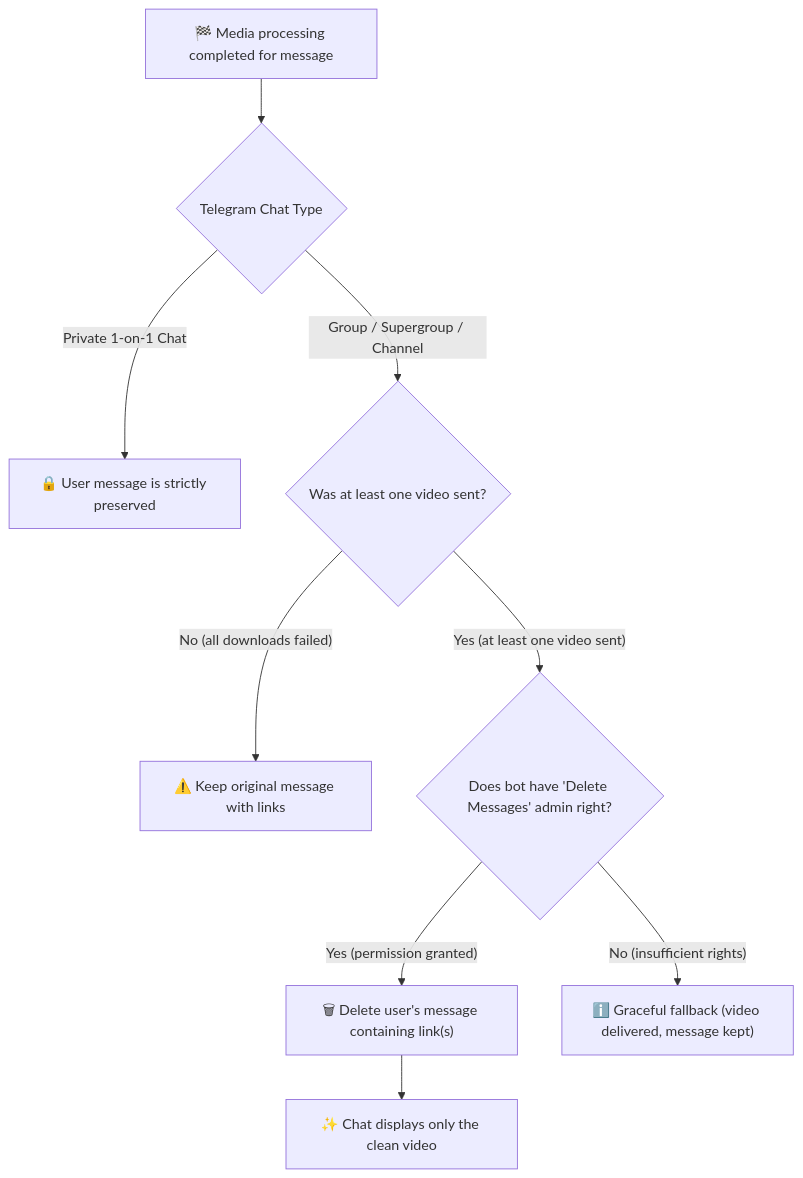
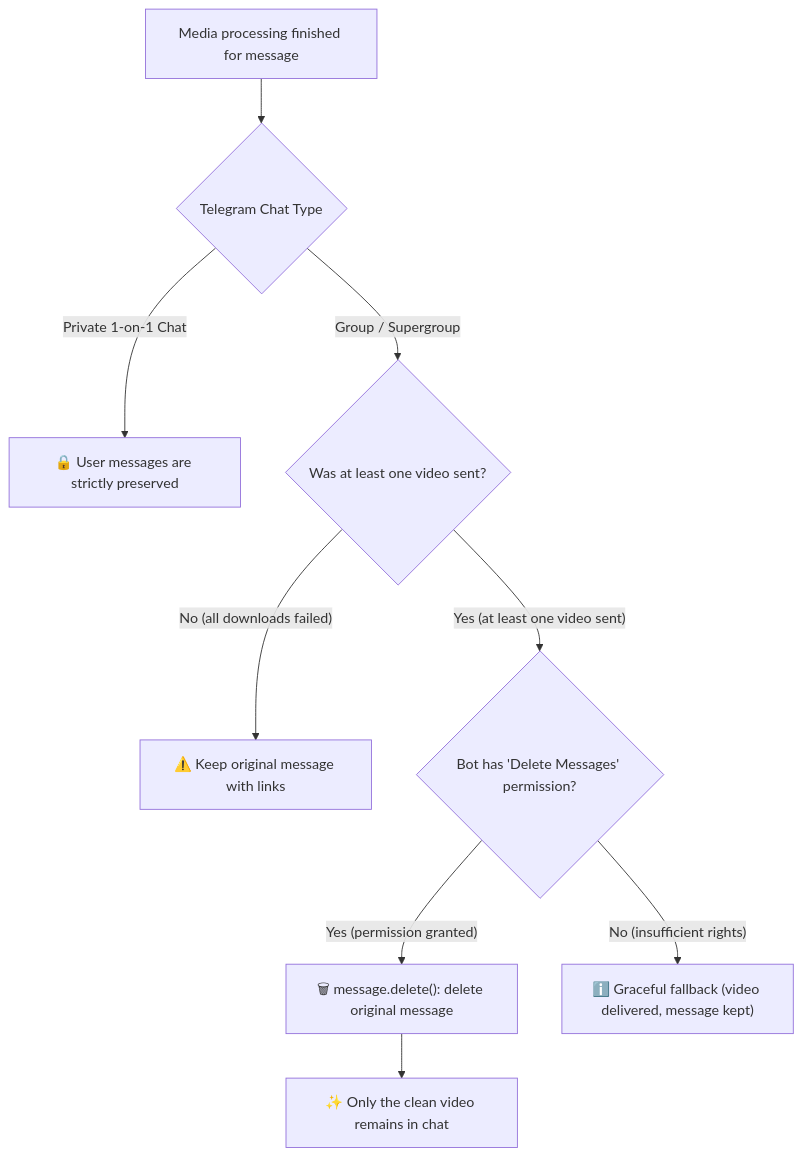
One commit to vbazavliuk/Relay changed the seventh of 8 diagrams in README.md. Above: the diagram before and after it, drawn with Mermaid. The commit also changed other lines of this file and 6 other files, not shown here.

Commit message:
docs: refresh README, add comprehensive architecture docs, and verify all modules

````diff
--- a/README.md
+++ b/README.md
@@ -331,11 +510,11 @@
 ```mermaid
 flowchart TD
-    A["🏁 Media processing completed for message"] --> B{"Telegram Chat Type"}
-    B -- "Private 1-on-1 Chat" --> C["🔒 User message is strictly preserved"]
-    B -- "Group / Supergroup / Channel" --> D{"Was at least one video sent?"}
-    D -- "No (all downloads failed)" --> E["⚠️ Keep original message with links"]
-    D -- "Yes (at least one video sent)" --> F{"Does bot have 'Delete Messages' admin right?"}
-    F -- "Yes (permission granted)" --> G["🗑 Delete user's message containing link(s)"]
-    G --> H["✨ Chat displays only the clean video"]
-    F -- "No (insufficient rights)" --> I["ℹ️ Graceful fallback (video delivered, message kept)"]
+    Finish["Media processing finished for message"] --> ChatType{"Telegram Chat Type"}
+    ChatType -- "Private 1-on-1 Chat" --> KeepDirect["🔒 User messages are strictly preserved"]
+    ChatType -- "Group / Supergroup" --> AnySuccess{"Was at least one video sent?"}
+    AnySuccess -- "No (all downloads failed)" --> KeepMsg["⚠️ Keep original message with links"]
+    AnySuccess -- "Yes (at least one video sent)" --> RightsCheck{"Bot has 'Delete Messages' permission?"}
+    RightsCheck -- "Yes (permission granted)" --> DeleteOriginal["🗑 message.delete(): delete original message"]
+    DeleteOriginal --> CleanResult["✨ Only the clean video remains in chat"]
+    RightsCheck -- "No (insufficient rights)" --> Graceful["ℹ️ Graceful fallback (video delivered, message kept)"]
 ```
````
